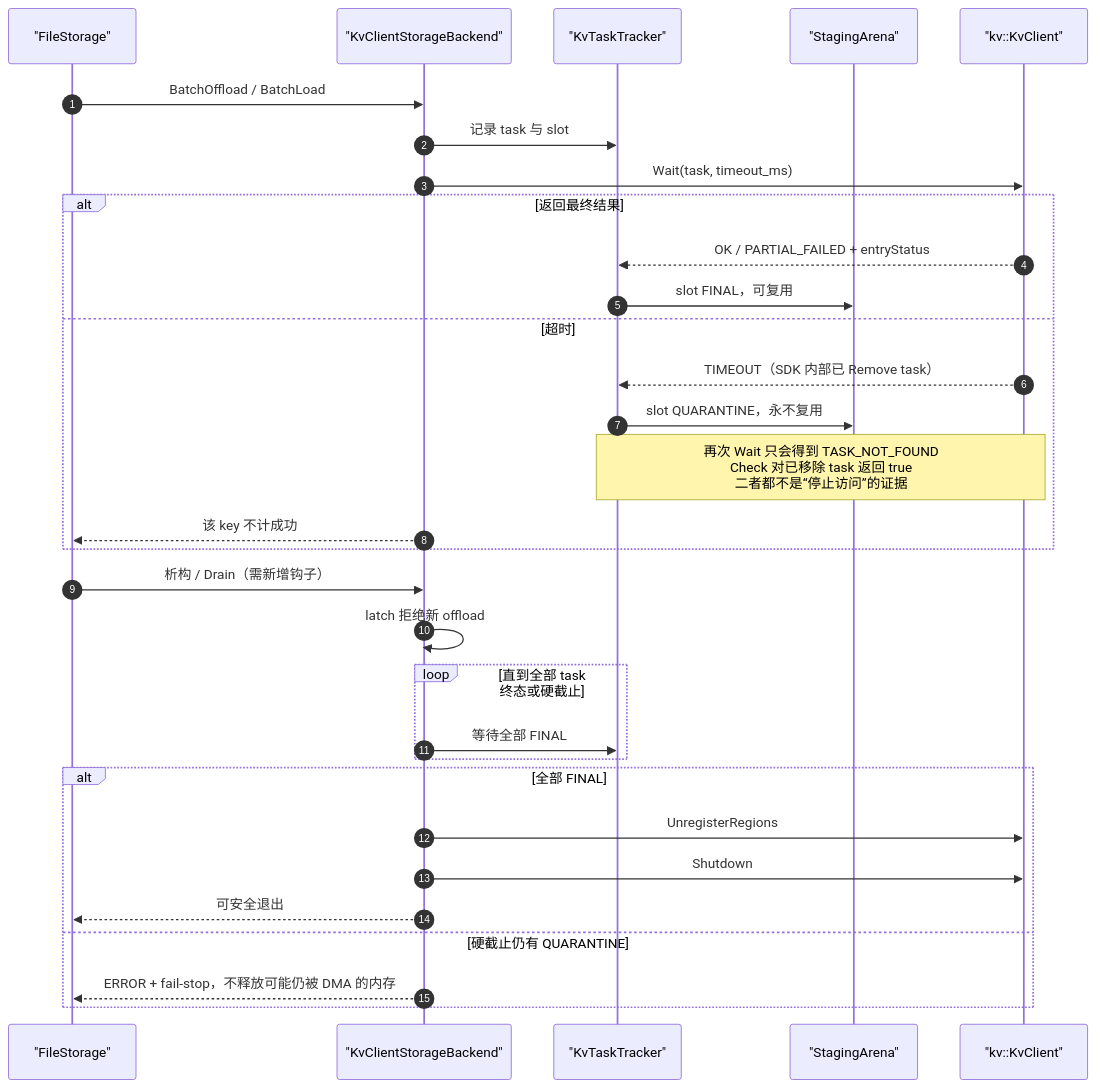
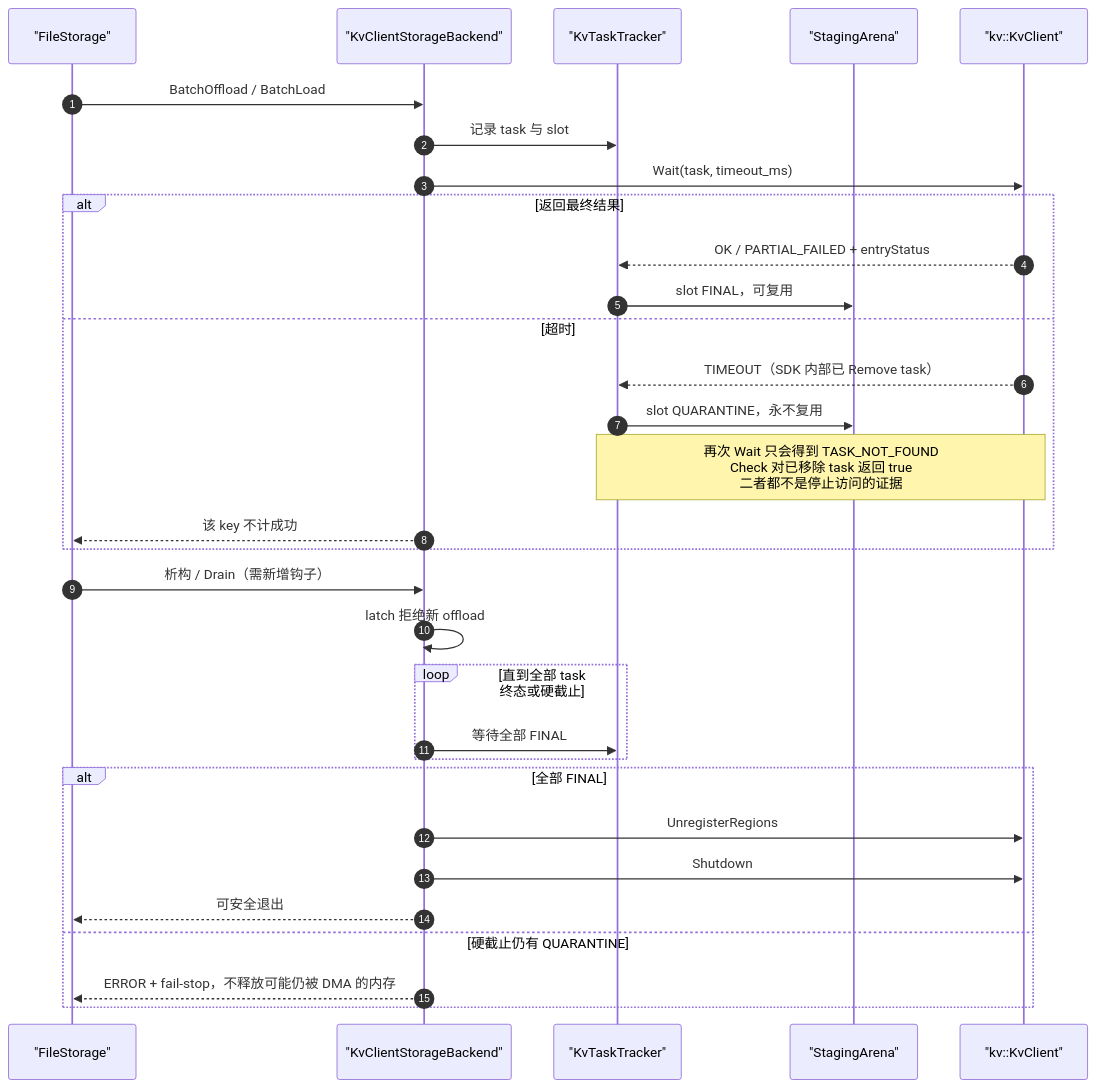
Before and after one commit to zwj20000328-dotcom/Mooncake-documents: the eighth of 9 diagrams in kvclient 作为 StorageBackendInterface 的设计与实验方案.md, drawn with Mermaid. The commit also changed other lines of this file and 3 other files, not shown here.

````diff
--- a/kvclient 作为 StorageBackendInterface 的设计与实验方案.md
+++ b/kvclient 作为 StorageBackendInterface 的设计与实验方案.md
@@ -598,35 +844,35 @@
 ```mermaid
 sequenceDiagram
     autonumber
     participant FS as "FileStorage"
     participant BE as "KvClientStorageBackend"
     participant TR as "KvTaskTracker"
     participant AR as "StagingArena"
     participant KC as "kv::KvClient"
 
     FS->>BE: BatchOffload / BatchLoad
     BE->>TR: 记录 task 与 slot
     BE->>KC: Wait(task, timeout_ms)
     alt 返回最终结果
         KC-->>TR: OK / PARTIAL_FAILED + entryStatus
         TR->>AR: slot FINAL，可复用
     else 超时
         KC-->>TR: TIMEOUT（SDK 内部已 Remove task）
         TR->>AR: slot QUARANTINE，永不复用
-        Note over TR,KC: 再次 Wait 只会得到 TASK_NOT_FOUND<br/>Check 对已移除 task 返回 true<br/>二者都不是“停止访问”的证据
+        Note over TR,KC: 再次 Wait 只会得到 TASK_NOT_FOUND<br/>Check 对已移除 task 返回 true<br/>二者都不是停止访问的证据
         BE-->>FS: 该 key 不计成功
     end
 
     FS->>BE: 析构 / Drain（需新增钩子）
     BE->>BE: latch 拒绝新 offload
     loop 直到全部 task 终态或硬截止
         BE->>TR: 等待全部 FINAL
     end
     alt 全部 FINAL
         BE->>KC: UnregisterRegions
         BE->>KC: Shutdown
         BE-->>FS: 可安全退出
     else 硬截止仍有 QUARANTINE
         BE-->>FS: ERROR + fail-stop，不释放可能仍被 DMA 的内存
     end
 ```
````
